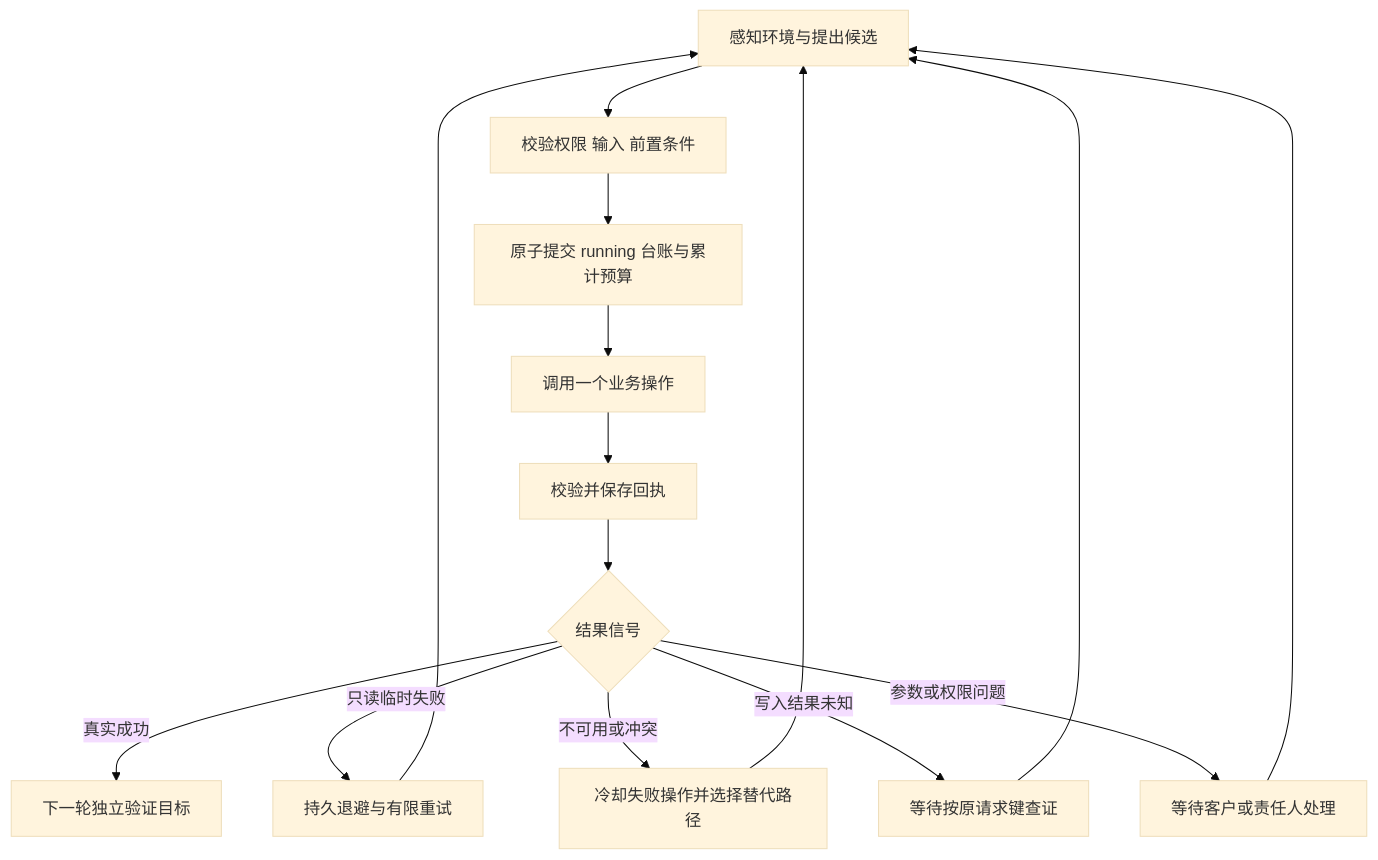
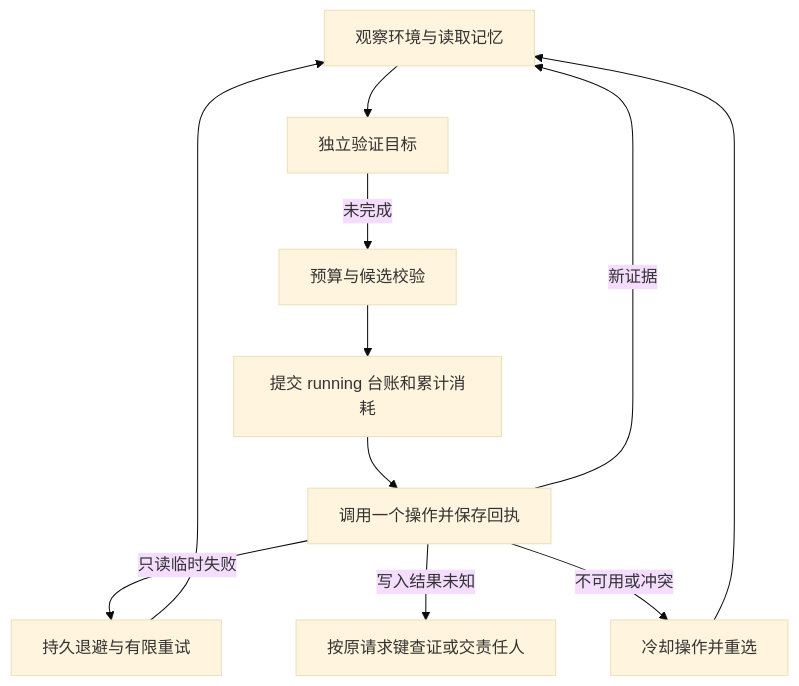
One commit to RightCloudhub/AskFlow changed the diagram in docs/architecture/customer-service-runtime.md. Above: the diagram before and after it, drawn with Mermaid (base theme). The commit also changed other lines of this file and 53 other files, not shown here.

````diff
--- a/docs/architecture/customer-service-runtime.md
+++ b/docs/architecture/customer-service-runtime.md
@@ -50,17 +73,13 @@
 ```mermaid
 flowchart TD
-    A[感知环境与提出候选] --> B[校验权限 输入 前置条件]
-    B --> C[原子提交 running 台账与累计预算]
-    C --> D[调用一个业务操作]
-    D --> E[校验并保存回执]
-    E --> F{结果信号}
-    F -->|真实成功| G[下一轮独立验证目标]
-    F -->|只读临时失败| H[持久退避与有限重试]
-    F -->|不可用或冲突| I[冷却失败操作并选择替代路径]
-    F -->|写入结果未知| J[等待按原请求键查证]
-    F -->|参数或权限问题| K[等待客户或责任人处理]
+    A[观察环境与读取记忆] --> B[独立验证目标]
+    B -->|未完成| C[预算与候选校验]
+    C --> D[提交 running 台账和累计消耗]
+    D --> E[调用一个操作并保存回执]
+    E -->|新证据| A
+    E -->|只读临时失败| F[持久退避与有限重试]
+    E -->|写入结果未知| G[按原请求键查证或交责任人]
+    E -->|不可用或冲突| H[冷却操作并重选]
+    F --> A
     H --> A
-    I --> A
-    J --> A
-    K --> A
 ```
````
